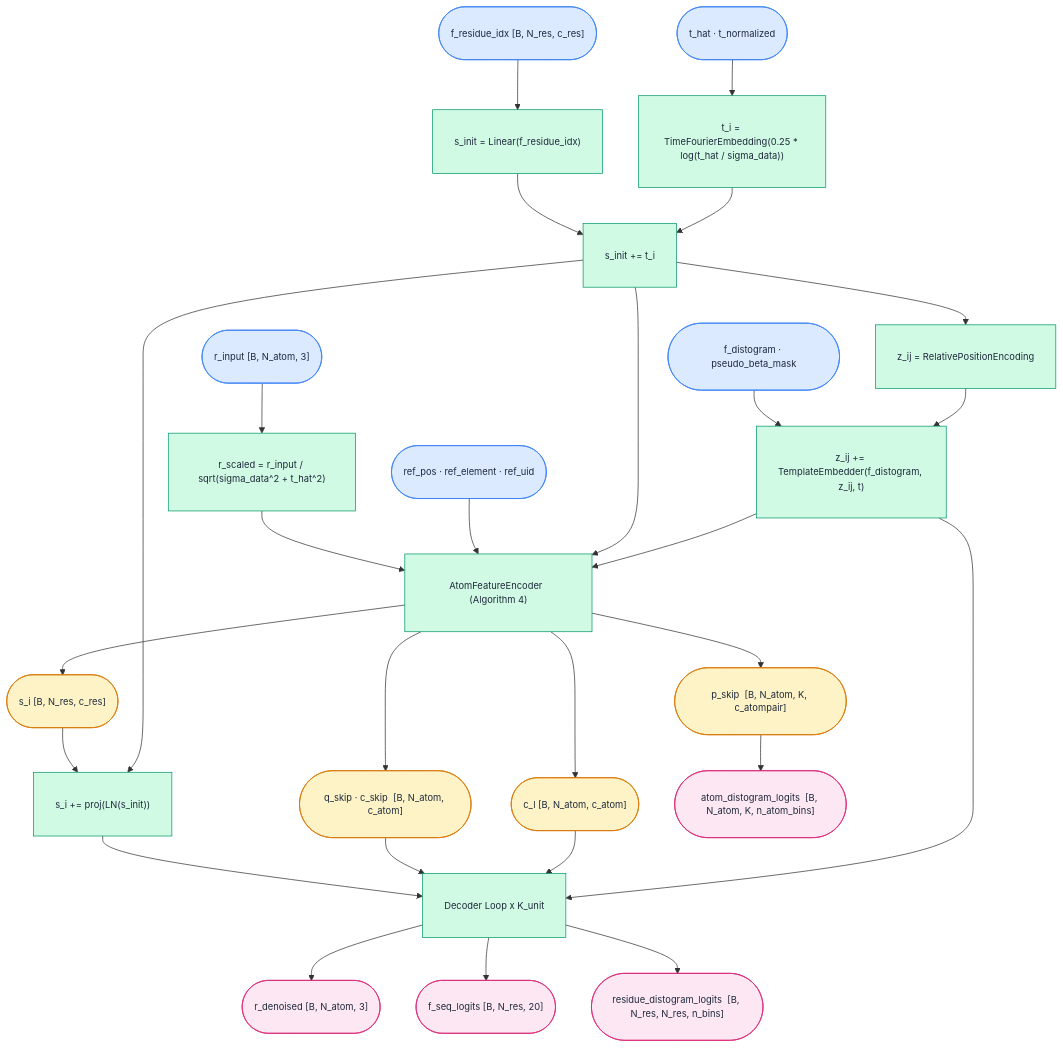
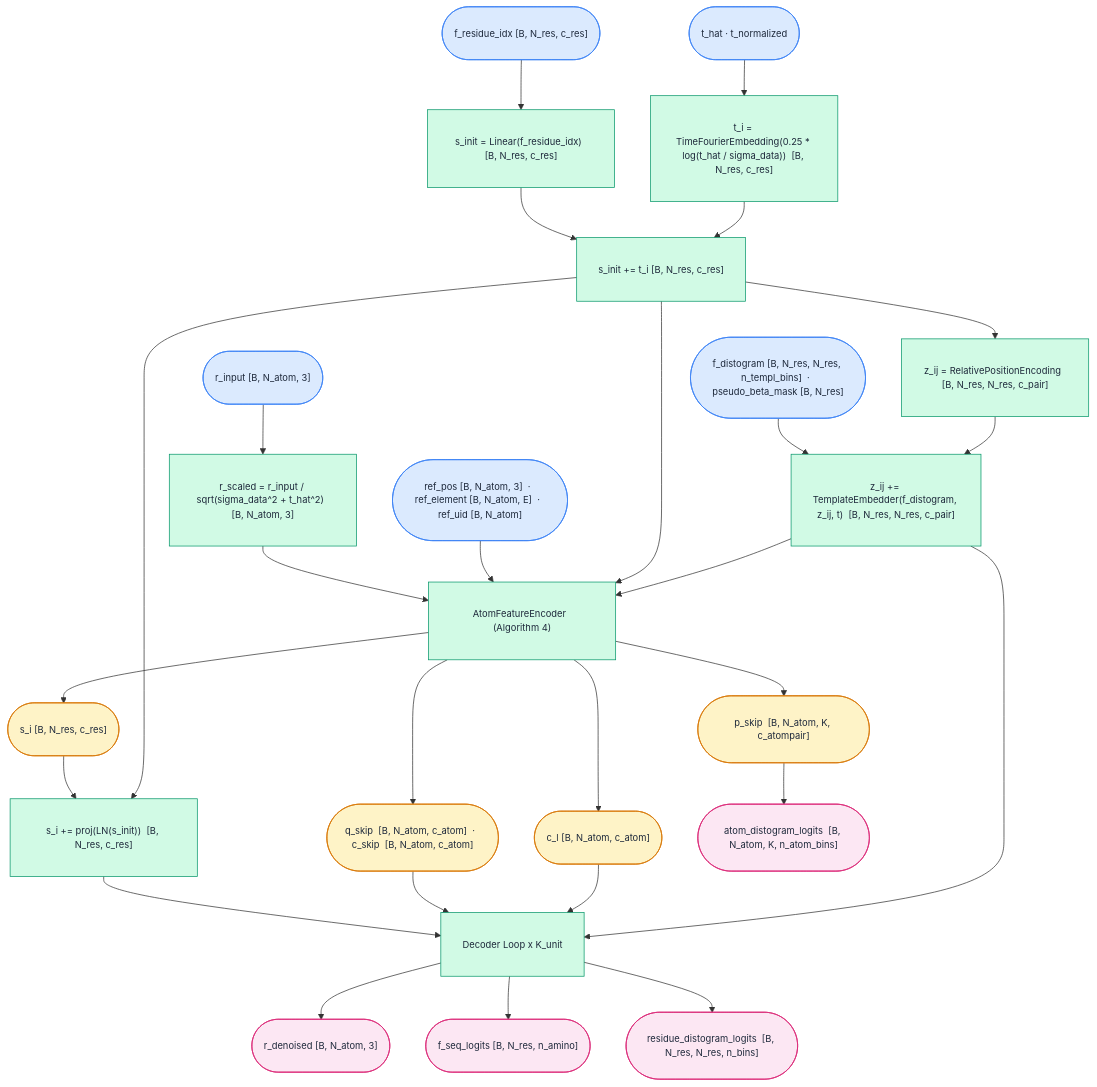
The first of 3 diagrams in docs/architecture.rst (tmatteso/diffusion), drawn with Mermaid before and after one commit. The commit also changed other lines of this file and 4 other files, not shown here.

Commit message:
further mermaid plot revisions

```diff
--- a/docs/architecture.rst
+++ b/docs/architecture.rst
@@ -16,45 +16,45 @@
 .. mermaid::
 
    flowchart TD
        classDef inp  fill:#dbeafe,stroke:#3b82f6,color:#1e293b,font-size:13px,padding:8px
        classDef proc fill:#d1fae5,stroke:#059669,color:#1e293b,font-size:13px,padding:8px
        classDef skip fill:#fef3c7,stroke:#d97706,color:#1e293b,font-size:13px,padding:8px
        classDef out  fill:#fce7f3,stroke:#db2777,color:#1e293b,font-size:13px,padding:8px
 
        I1(["r_input  [B, N_atom, 3]"]):::inp
        I2(["f_residue_idx  [B, N_res, c_res]"]):::inp
-       I3(["f_distogram · pseudo_beta_mask"]):::inp
-       I4(["ref_pos · ref_element · ref_uid"]):::inp
-       I5(["t_hat · t_normalized"]):::inp
+       I3(["f_distogram [B, N_res, N_res, n_templ_bins]  ·  pseudo_beta_mask [B, N_res]"]):::inp
+       I4(["ref_pos [B, N_atom, 3]  ·  ref_element [B, N_atom, E]  ·  ref_uid [B, N_atom]"]):::inp
+       I5(["t_hat  ·  t_normalized"]):::inp
 
-       I1  --> P1["r_scaled = r_input / sqrt(sigma_data^2 + t_hat^2)"]:::proc
-       I2  --> P2["s_init = Linear(f_residue_idx)"]:::proc
-       I5  --> P3["t_i = TimeFourierEmbedding(0.25 * log(t_hat / sigma_data))"]:::proc
-       P2  --> P4["s_init += t_i"]:::proc
+       I1  --> P1["r_scaled = r_input / sqrt(sigma_data^2 + t_hat^2)  [B, N_atom, 3]"]:::proc
+       I2  --> P2["s_init = Linear(f_residue_idx)  [B, N_res, c_res]"]:::proc
+       I5  --> P3["t_i = TimeFourierEmbedding(0.25 * log(t_hat / sigma_data))  [B, N_res, c_res]"]:::proc
+       P2  --> P4["s_init += t_i  [B, N_res, c_res]"]:::proc
        P3  --> P4
 
-       P4  --> P5["z_ij = RelativePositionEncoding"]:::proc
-       I3  --> P6["z_ij += TemplateEmbedder(f_distogram, z_ij, t)"]:::proc
+       P4  --> P5["z_ij = RelativePositionEncoding  [B, N_res, N_res, c_pair]"]:::proc
+       I3  --> P6["z_ij += TemplateEmbedder(f_distogram, z_ij, t)  [B, N_res, N_res, c_pair]"]:::proc
        P5  --> P6
 
        P1  --> P7["AtomFeatureEncoder  (Algorithm 4)"]:::proc
        I4  --> P7
        P4  --> P7
        P6  --> P7
        P7  --> SK1(["s_i  [B, N_res, c_res]"]):::skip
-       P7  --> SK2(["q_skip · c_skip  [B, N_atom, c_atom]"]):::skip
+       P7  --> SK2(["q_skip  [B, N_atom, c_atom]  ·  c_skip  [B, N_atom, c_atom]"]):::skip
        P7  --> SK3(["p_skip  [B, N_atom, K, c_atompair]"]):::skip
        P7  --> SK4(["c_l  [B, N_atom, c_atom]"]):::skip
 
-       SK1 --> P8["s_i += proj(LN(s_init))"]:::proc
+       SK1 --> P8["s_i += proj(LN(s_init))  [B, N_res, c_res]"]:::proc
        P4  --> P8
 
        P8  --> DL["Decoder Loop x K_unit"]:::proc
        SK2 --> DL
        SK4 --> DL
        P6  --> DL
 
        DL  --> O1(["r_denoised  [B, N_atom, 3]"]):::out
-       DL  --> O2(["f_seq_logits  [B, N_res, 20]"]):::out
+       DL  --> O2(["f_seq_logits  [B, N_res, n_amino]"]):::out
        DL  --> O3(["residue_distogram_logits  [B, N_res, N_res, n_bins]"]):::out
        SK3 --> O4(["atom_distogram_logits  [B, N_atom, K, n_atom_bins]"]):::out
```
